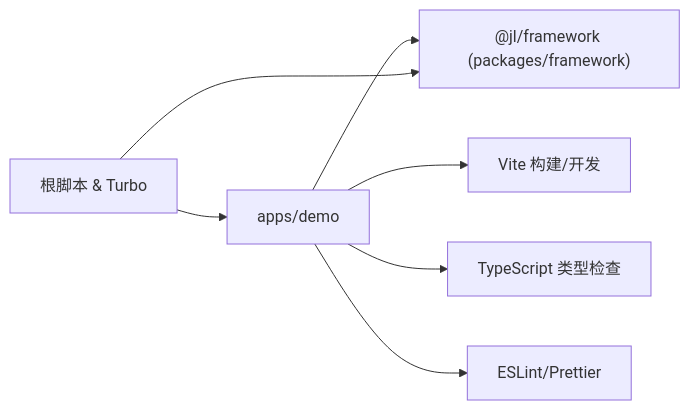
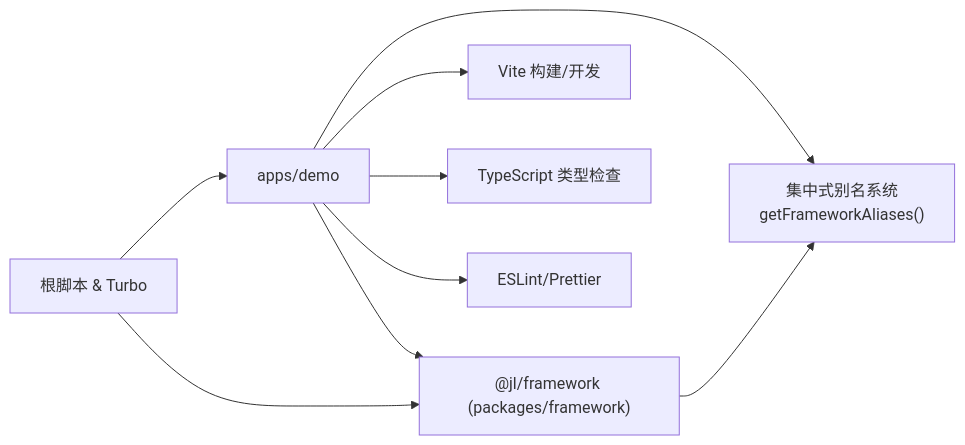
One commit to liqiongke/FrontArk changed the eighth of 8 diagrams in .qoder/repowiki/zh/content/开发工具.md. Above: the diagram before and after it, drawn with Mermaid. The commit also changed other lines of this file and 17 other files, not shown here.

````diff
--- a/.qoder/repowiki/zh/content/开发工具.md
+++ b/.qoder/repowiki/zh/content/开发工具.md
@@ -249,9 +307,11 @@
 ```mermaid
 graph LR
 App["apps/demo"] --> Lib["@jl/framework (packages/framework)"]
+App --> Alias["集中式别名系统<br/>getFrameworkAliases()"]
 App --> Vite["Vite 构建/开发"]
 App --> TSC["TypeScript 类型检查"]
 App --> Lint["ESLint/Prettier"]
 Root["根脚本 & Turbo"] --> App
 Root --> Lib
+Lib --> Alias
 ```
````
